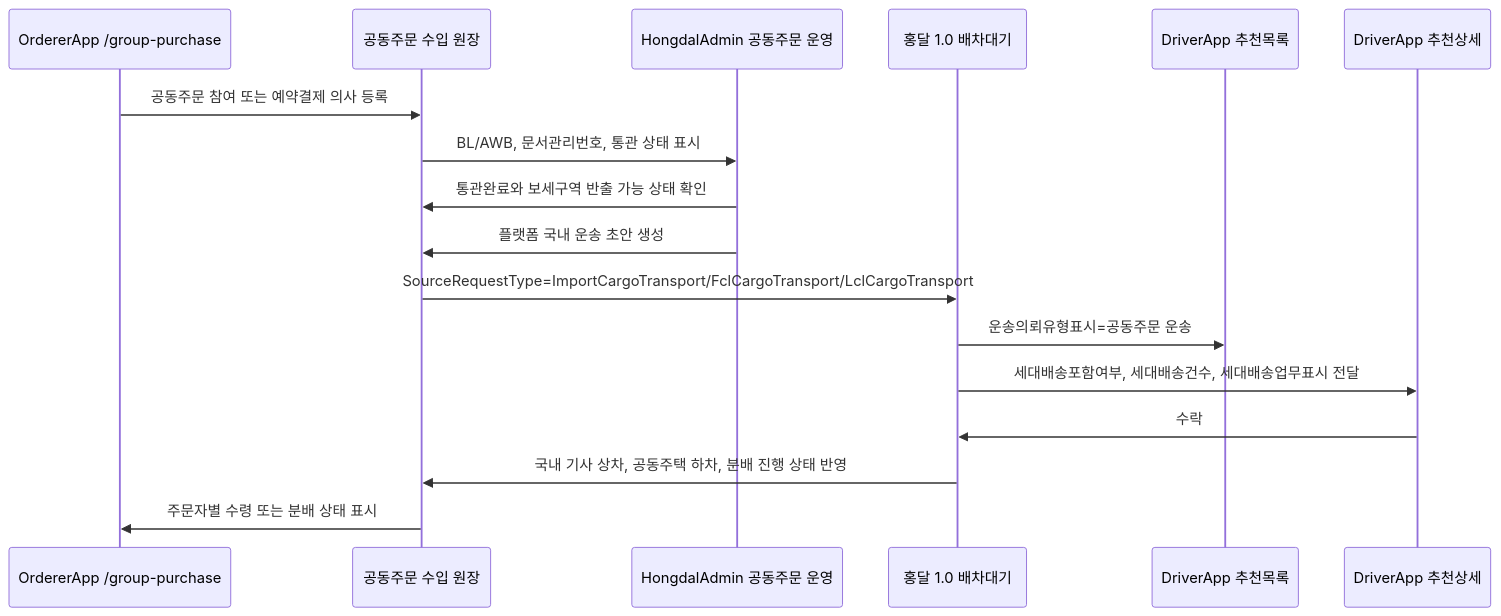
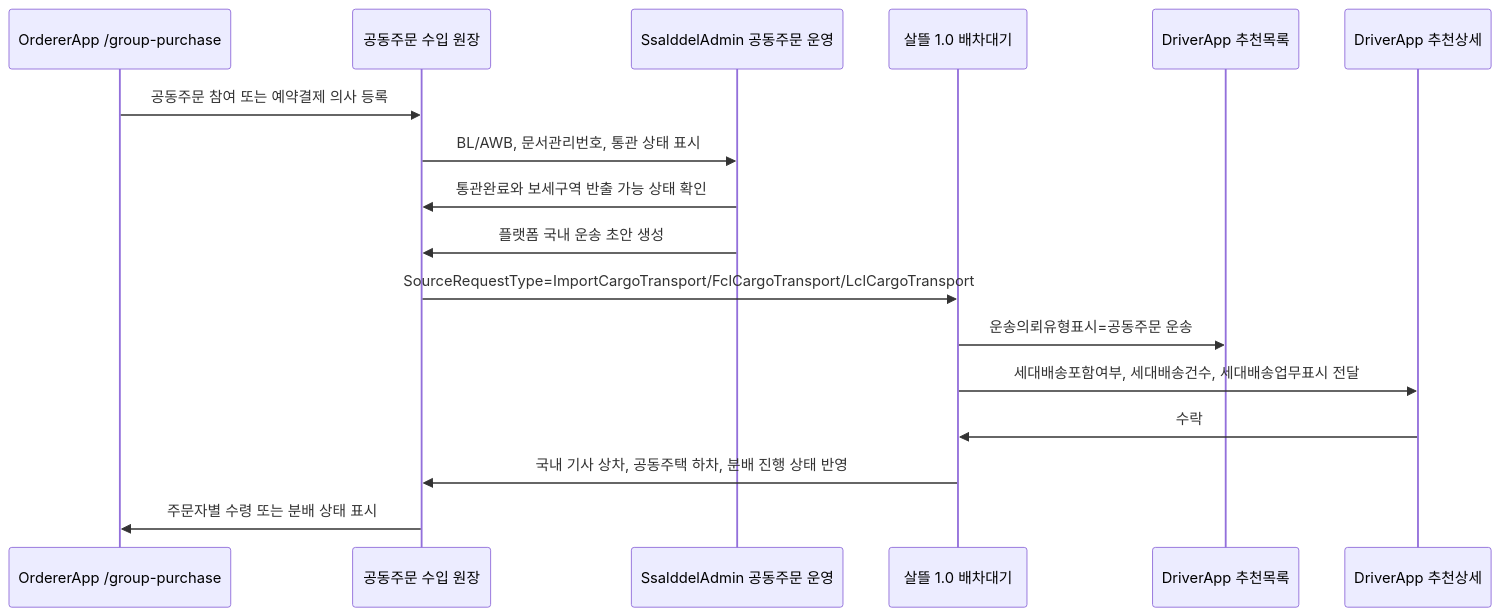
The fifth of 9 diagrams in docs/ProjectOverview/workflow-app-screen-map.md (cheolwo/hongdal), drawn with Mermaid before and after one commit. The commit also changed other lines of this file and 6611 other files, not shown here.

Commit message:
refactor: rename Hongdal to Ssalddel

````diff
--- a/docs/ProjectOverview/workflow-app-screen-map.md
+++ b/docs/ProjectOverview/workflow-app-screen-map.md
@@ -162,20 +162,20 @@
 ```mermaid
 sequenceDiagram
     participant Orderer as OrdererApp /group-purchase
     participant ImportLedger as 공동주문 수입 원장
-    participant Admin as HongdalAdmin 공동주문 운영
-    participant Dispatch as 홍달 1.0 배차대기
+    participant Admin as SsalddelAdmin 공동주문 운영
+    participant Dispatch as 살뜰 1.0 배차대기
     participant DriverList as DriverApp 추천목록
     participant DriverDetail as DriverApp 추천상세
 
     Orderer->>ImportLedger: 공동주문 참여 또는 예약결제 의사 등록
     ImportLedger->>Admin: BL/AWB, 문서관리번호, 통관 상태 표시
     Admin->>ImportLedger: 통관완료와 보세구역 반출 가능 상태 확인
     Admin->>ImportLedger: 플랫폼 국내 운송 초안 생성
     ImportLedger->>Dispatch: SourceRequestType=ImportCargoTransport/FclCargoTransport/LclCargoTransport
     Dispatch->>DriverList: 운송의뢰유형표시=공동주문 운송
     Dispatch->>DriverDetail: 세대배송포함여부, 세대배송건수, 세대배송업무표시 전달
     DriverDetail->>Dispatch: 수락
     Dispatch->>ImportLedger: 국내 기사 상차, 공동주택 하차, 분배 진행 상태 반영
     ImportLedger->>Orderer: 주문자별 수령 또는 분배 상태 표시
 ```
````
